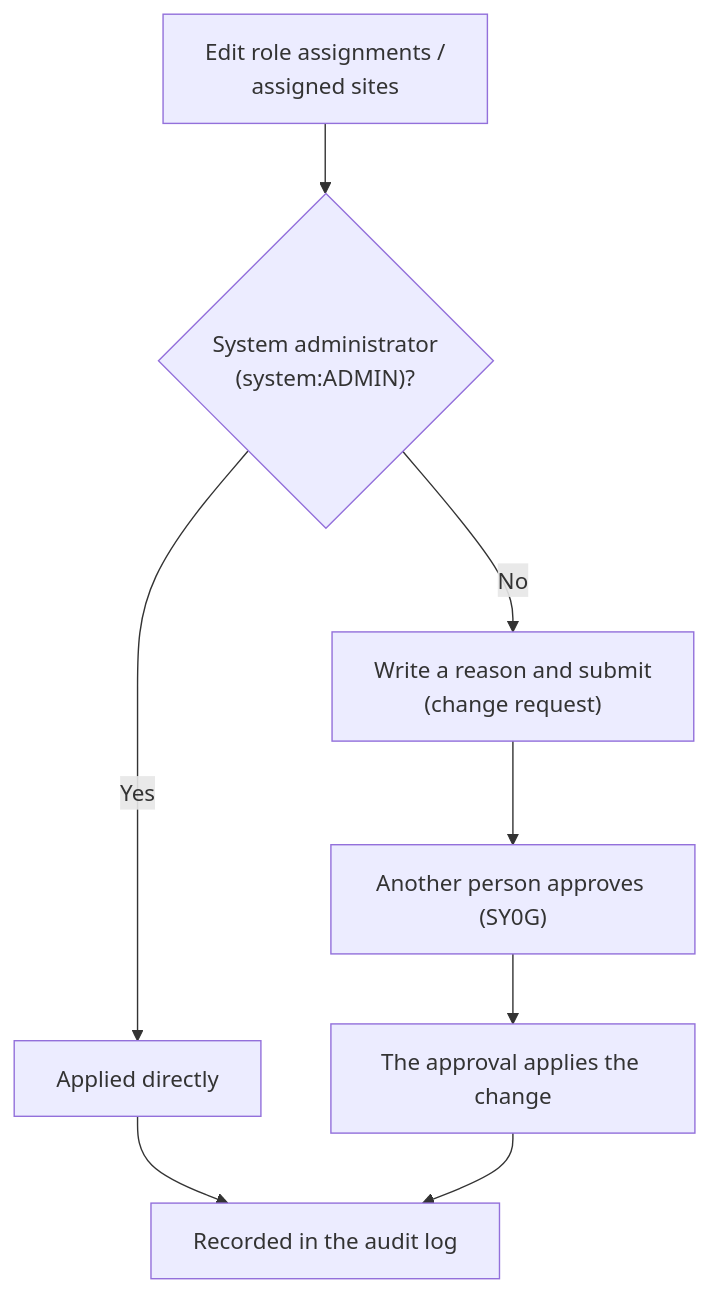
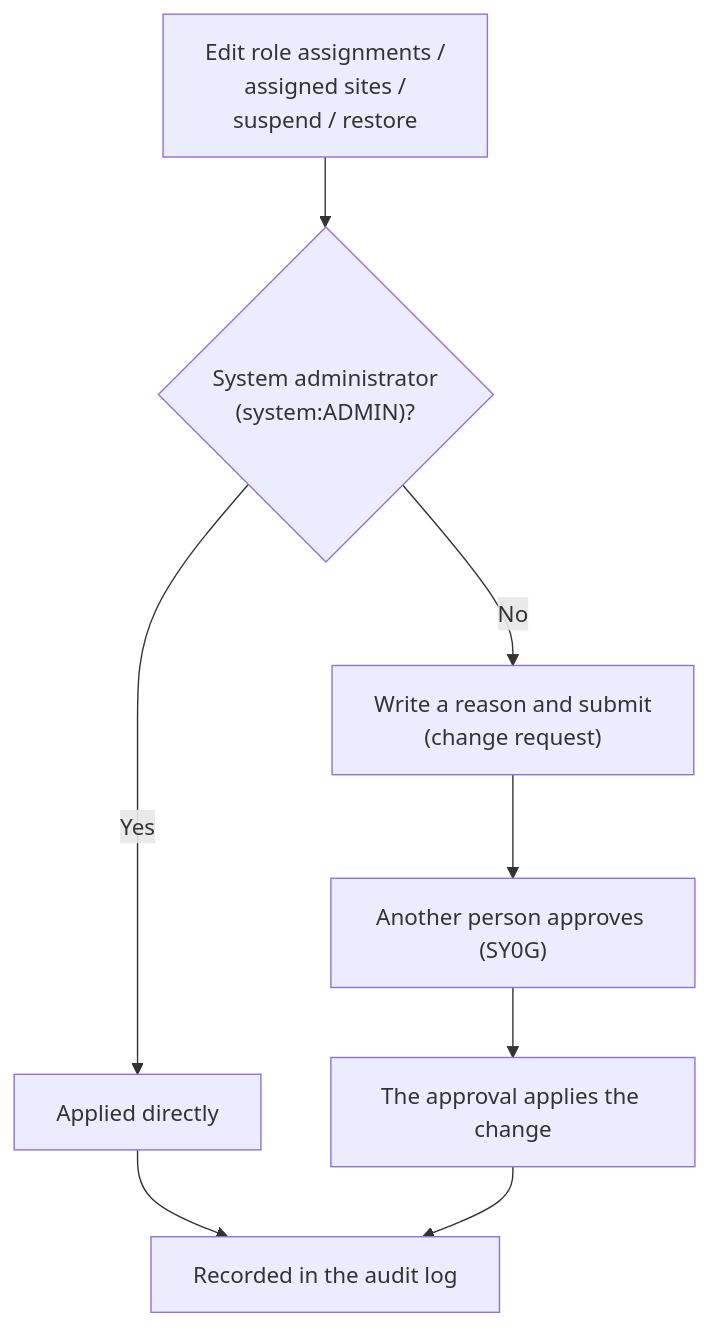
One commit to Kuisin/ckk-tool-v3 changed the diagram in coolify/apps/nextjs-web/content/internal/system/user-management.en.md. Above: the diagram before and after it, drawn with Mermaid. The commit also changed other lines of this file and 137 other files, not shown here.

````diff
--- a/coolify/apps/nextjs-web/content/internal/system/user-management.en.md
+++ b/coolify/apps/nextjs-web/content/internal/system/user-management.en.md
@@ -13,10 +13,10 @@
 ```mermaid
 flowchart TD
-  e["Edit role assignments /<br/>assigned sites"] --> q{"System administrator<br/>(system:ADMIN)?"}
+  e["Edit role assignments /<br/>assigned sites /<br/>suspend / restore"] --> q{"System administrator<br/>(system:ADMIN)?"}
   q -->|"Yes"| a["Applied directly"]
   q -->|"No"| r["Write a reason and submit<br/>(change request)"]
   r --> d["Another person approves (SY0G)"]
   d --> a2["The approval applies the change"]
   a --> l["Recorded in the audit log"]
   a2 --> l
 ```
````
